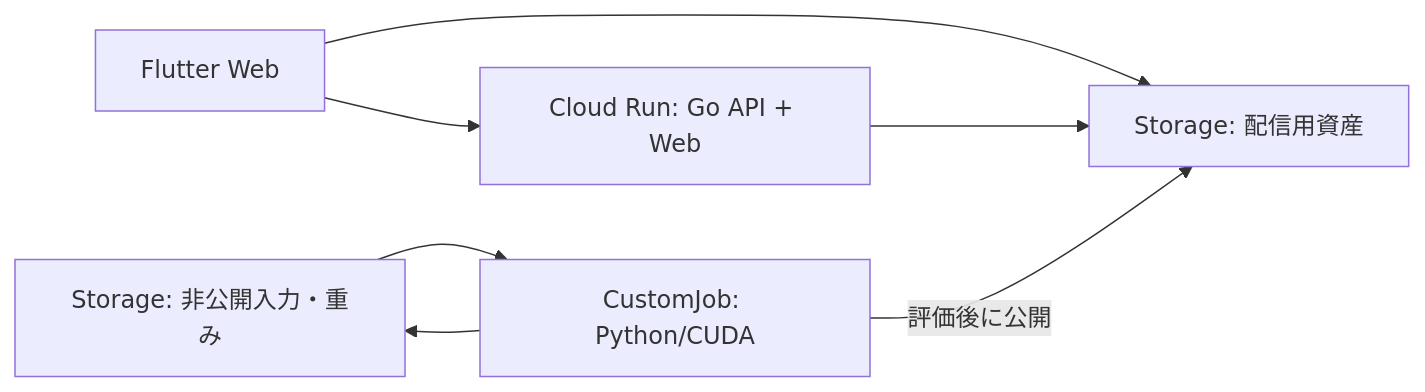
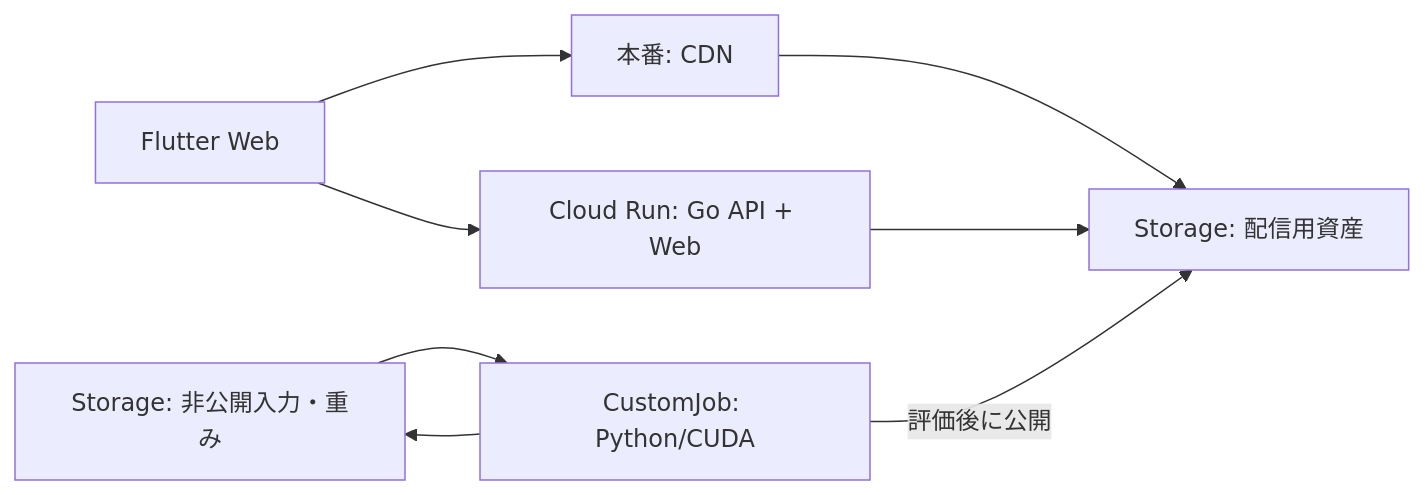
The diagram in docs/infrastructure-design.md (Hosi121/rangle), drawn with Mermaid before and after one commit. The commit also changed other lines of this file and 2 other files, not shown here.

````diff
--- a/docs/infrastructure-design.md
+++ b/docs/infrastructure-design.md
@@ -9,9 +11,10 @@
 ```mermaid
 flowchart LR
     Browser[Flutter Web] --> App[Cloud Run: Go API + Web]
-    Browser --> Assets[Storage: 配信用資産]
+    Browser --> CDN[本番: CDN]
+    CDN --> Assets[Storage: 配信用資産]
     App --> Assets
     Input[Storage: 非公開入力・重み] --> GPU[CustomJob: Python/CUDA]
     GPU --> Input
     GPU -->|評価後に公開| Assets
 ```
````
